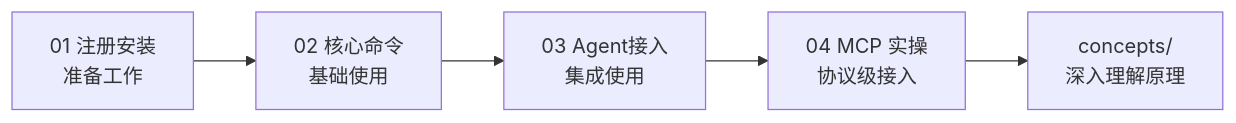
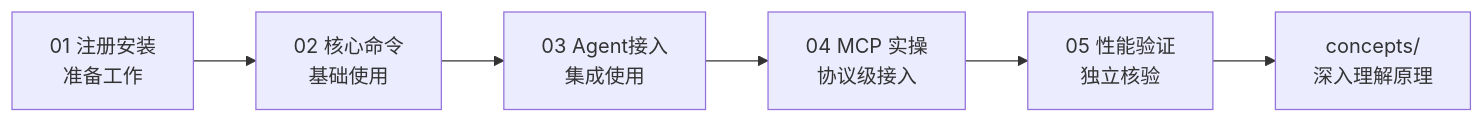
The diagram in doc/bundles/jishu/ai/ai-agent/zhihu-cli/examples/index.md (awesome-flexloop/awesome-okf), drawn with Mermaid before and after one commit. The commit also changed other lines of this file and 1 other file, not shown here.

````diff
--- a/doc/bundles/jishu/ai/ai-agent/zhihu-cli/examples/index.md
+++ b/doc/bundles/jishu/ai/ai-agent/zhihu-cli/examples/index.md
@@ -30,7 +31,8 @@
 ```mermaid
 graph LR
     A[01 注册安装<br/>准备工作] --> B[02 核心命令<br/>基础使用]
     B --> C[03 Agent接入<br/>集成使用]
     C --> D[04 MCP 实操<br/>协议级接入]
-    D --> E[concepts/<br/>深入理解原理]
+    D --> E[05 性能验证<br/>独立核验]
+    E --> F[concepts/<br/>深入理解原理]
 ```
````
